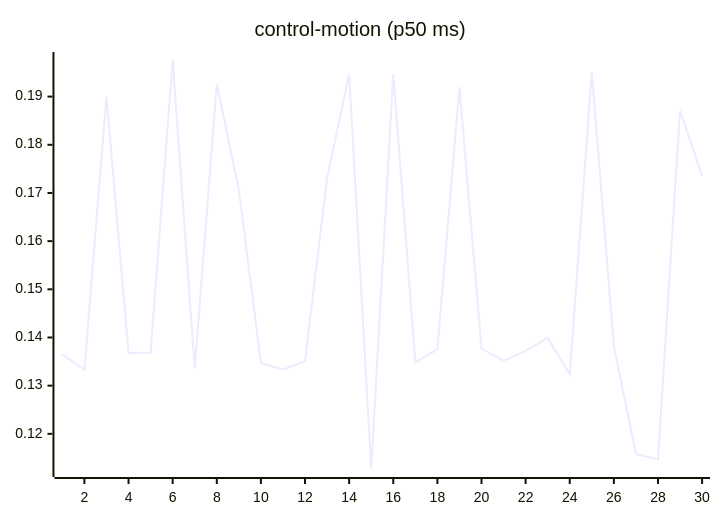
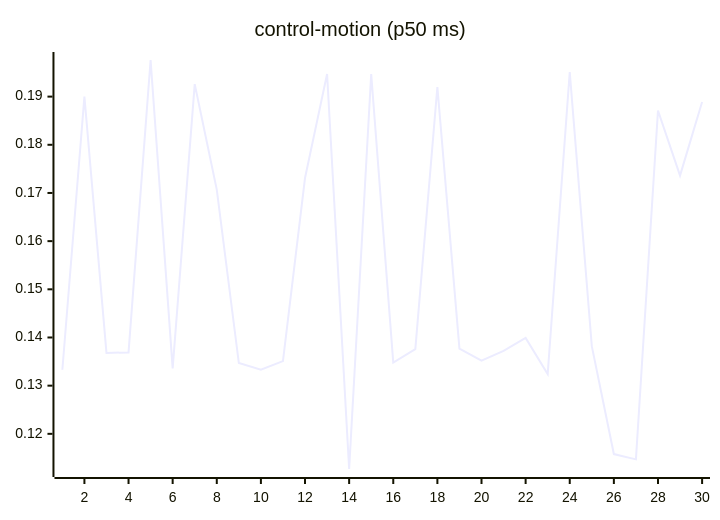
The seventh of 27 diagrams in README.md (josha/Facet), drawn with Mermaid before and after one commit. The commit also changed other lines of this file and 2 other files, not shown here.

````diff
--- a/README.md
+++ b/README.md
@@ -105,6 +105,6 @@
 ```mermaid
 xychart-beta
     title "control-motion (p50 ms)"
     x-axis 1 --> 30
-    line [0.1365, 0.1333, 0.1900, 0.1368, 0.1369, 0.1976, 0.1336, 0.1926, 0.1707, 0.1347, 0.1333, 0.1351, 0.1731, 0.1947, 0.1127, 0.1947, 0.1348, 0.1376, 0.1920, 0.1377, 0.1352, 0.1372, 0.1399, 0.1324, 0.1951, 0.1382, 0.1158, 0.1147, 0.1871, 0.1736]
+    line [0.1333, 0.1900, 0.1368, 0.1369, 0.1976, 0.1336, 0.1926, 0.1707, 0.1347, 0.1333, 0.1351, 0.1731, 0.1947, 0.1127, 0.1947, 0.1348, 0.1376, 0.1920, 0.1377, 0.1352, 0.1372, 0.1399, 0.1324, 0.1951, 0.1382, 0.1158, 0.1147, 0.1871, 0.1736, 0.1889]
 ```
````
